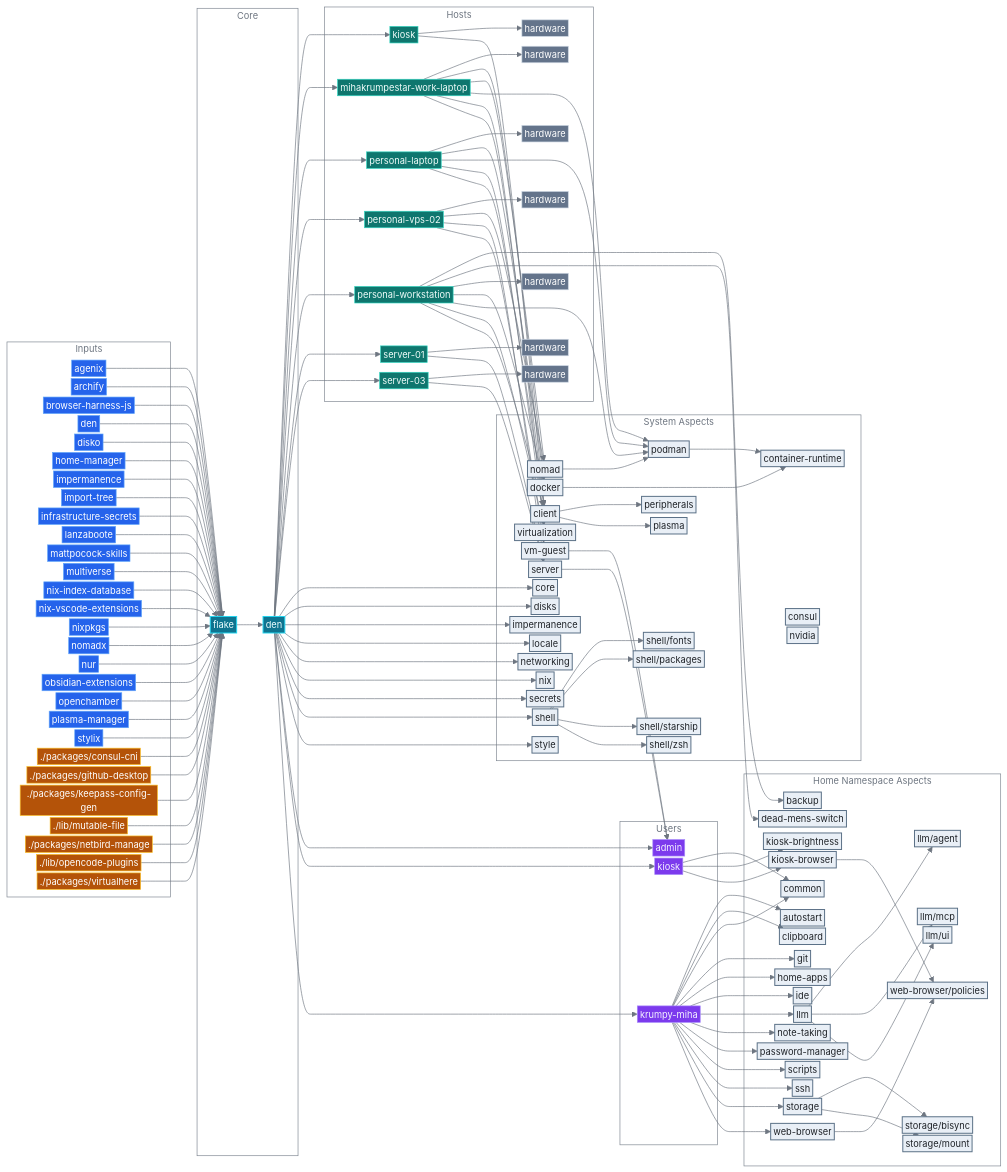
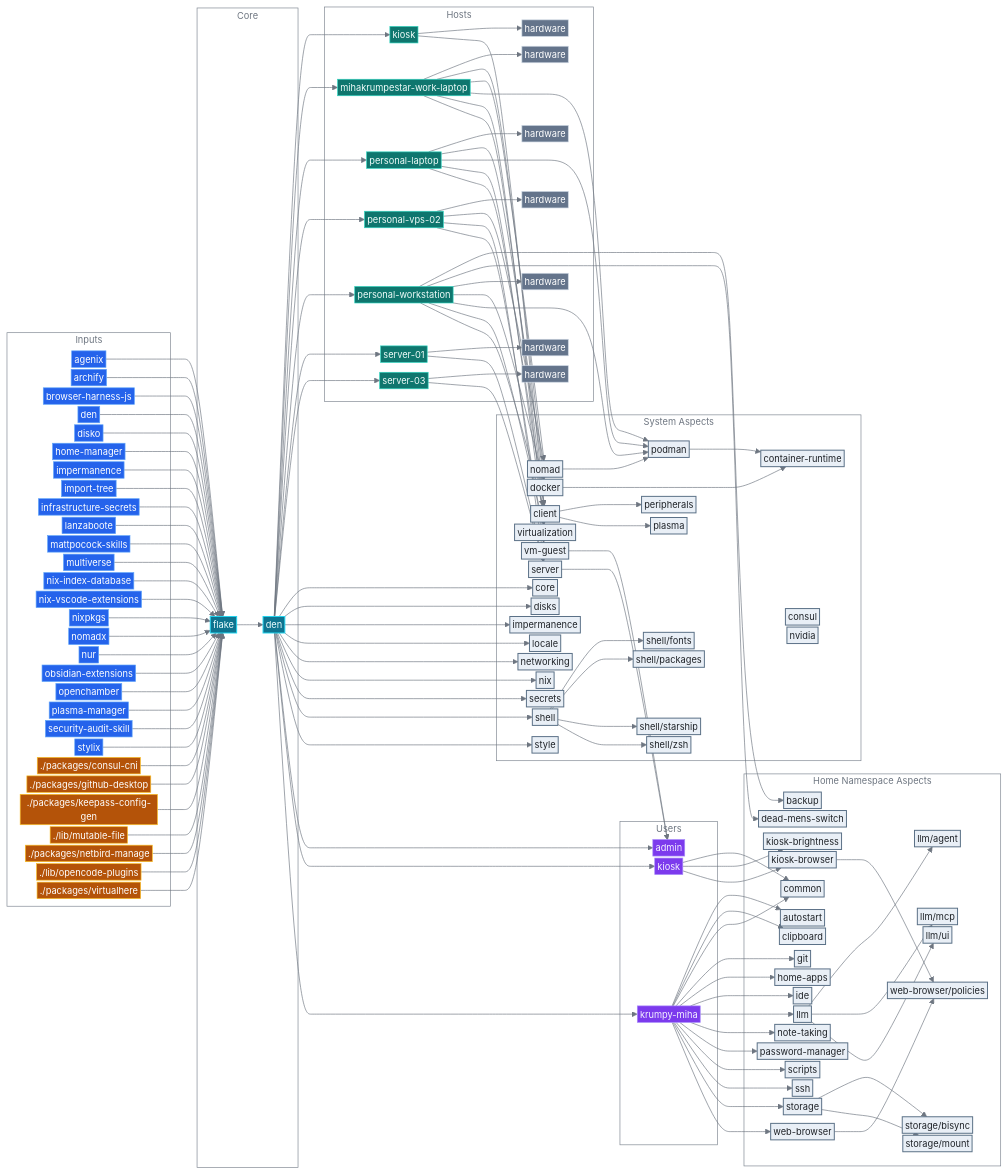
The diagram in README.md (mihakrumpestar/infrastructure), drawn with Mermaid before and after one commit. The commit also changed other lines of this file and 17 other files, not shown here.

```diff
--- a/README.md
+++ b/README.md
@@ -152,6 +152,7 @@
         input_obsidian_extensions["obsidian-extensions"]:::input
         input_openchamber["openchamber"]:::input
         input_plasma_manager["plasma-manager"]:::input
+        input_security_audit_skill["security-audit-skill"]:::input
         input_stylix["stylix"]:::input
         local_consul_cni["./packages/consul-cni"]:::local
         local_github_desktop["./packages/github-desktop"]:::local
@@ -320,6 +321,7 @@
     input_obsidian_extensions --> flake
     input_openchamber --> flake
     input_plasma_manager --> flake
+    input_security_audit_skill --> flake
     input_stylix --> flake
     local_consul_cni --> flake
     local_github_desktop --> flake
```
